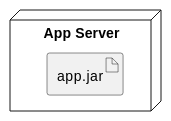
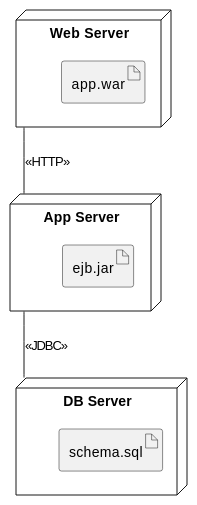
Before and after one commit to kieranpotts/cheats: the diagram in src/uml/deployment-diagrams.adoc, drawn with PlantUML. The commit also changed other lines of this file and 14 other files, not shown here.

Commit message:
edit: extended uml cheats

```diff
--- a/src/uml/deployment-diagrams.adoc
+++ b/src/uml/deployment-diagrams.adoc
@@ -18,6 +83,17 @@
 [plantuml]
 ....
-node "App Server" {
-  artifact app.jar
+node "Web Server" as web {
+  artifact app.war
 }
+
+node "App Server" as app {
+  artifact ejb.jar
+}
+
+node "DB Server" as db {
+  artifact schema.sql
+}
+
+web -- app : <<HTTP>>
+app -- db : <<JDBC>>
 ....
```
